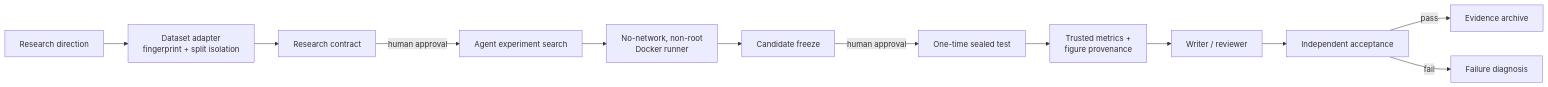
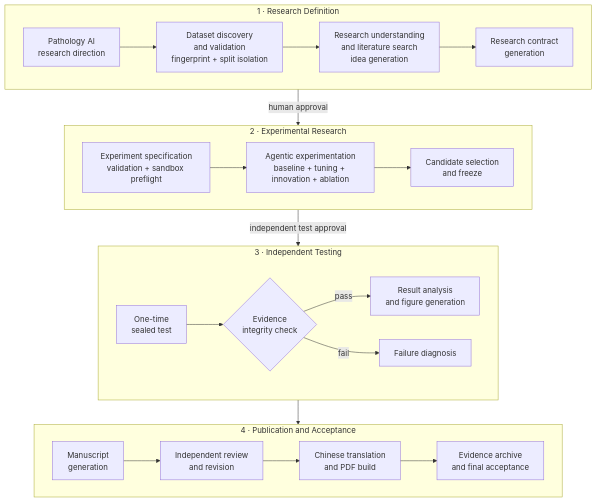
One commit to fearless239/pathology-ai-scientist changed the diagram in README.md. Above: the diagram before and after it, drawn with Mermaid. The commit also changed other lines of this file and 2 other files, not shown here.

````diff
--- a/README.md
+++ b/README.md
@@ -76,14 +191,33 @@
 ```mermaid
-flowchart LR
-  Q[Research direction] --> D[Dataset adapter\nfingerprint + split isolation]
-  D --> C[Research contract]
-  C -->|human approval| E[Agent experiment search]
-  E --> S[No-network, non-root\nDocker runner]
-  S --> F[Candidate freeze]
-  F -->|human approval| T[One-time sealed test]
-  T --> P[Trusted metrics +\nfigure provenance]
-  P --> W[Writer / reviewer]
-  W --> A[Independent acceptance]
-  A -->|pass| R[Evidence archive]
-  A -->|fail| X[Failure diagnosis]
+flowchart TB
+  subgraph PHASE1["1 · Research Definition"]
+    direction LR
+    Q[Pathology AI<br/>research direction] --> D[Dataset discovery<br/>and validation<br/>fingerprint + split isolation]
+    D --> R[Research understanding<br/>and literature search<br/>idea generation]
+    R --> C[Research contract<br/>generation]
+  end
+
+  subgraph PHASE2["2 · Experimental Research"]
+    direction LR
+    P[Experiment specification<br/>validation + sandbox preflight] --> E[Agentic experimentation<br/>baseline + tuning + innovation + ablation]
+    E --> S[Candidate selection<br/>and freeze]
+  end
+
+  subgraph PHASE3["3 · Independent Testing"]
+    direction LR
+    T[One-time<br/>sealed test] --> I{Evidence<br/>integrity check}
+    I -->|pass| A[Result analysis<br/>and figure generation]
+    I -->|fail| X[Failure diagnosis]
+  end
+
+  subgraph PHASE4["4 · Publication and Acceptance"]
+    direction LR
+    W[Manuscript<br/>generation] --> V[Independent review<br/>and revision]
+    V --> L[Chinese translation<br/>and PDF build]
+    L --> Z[Evidence archive<br/>and final acceptance]
+  end
+
+  C -->|human approval| P
+  S -->|independent test approval| T
+  A --> W
 ```
````
